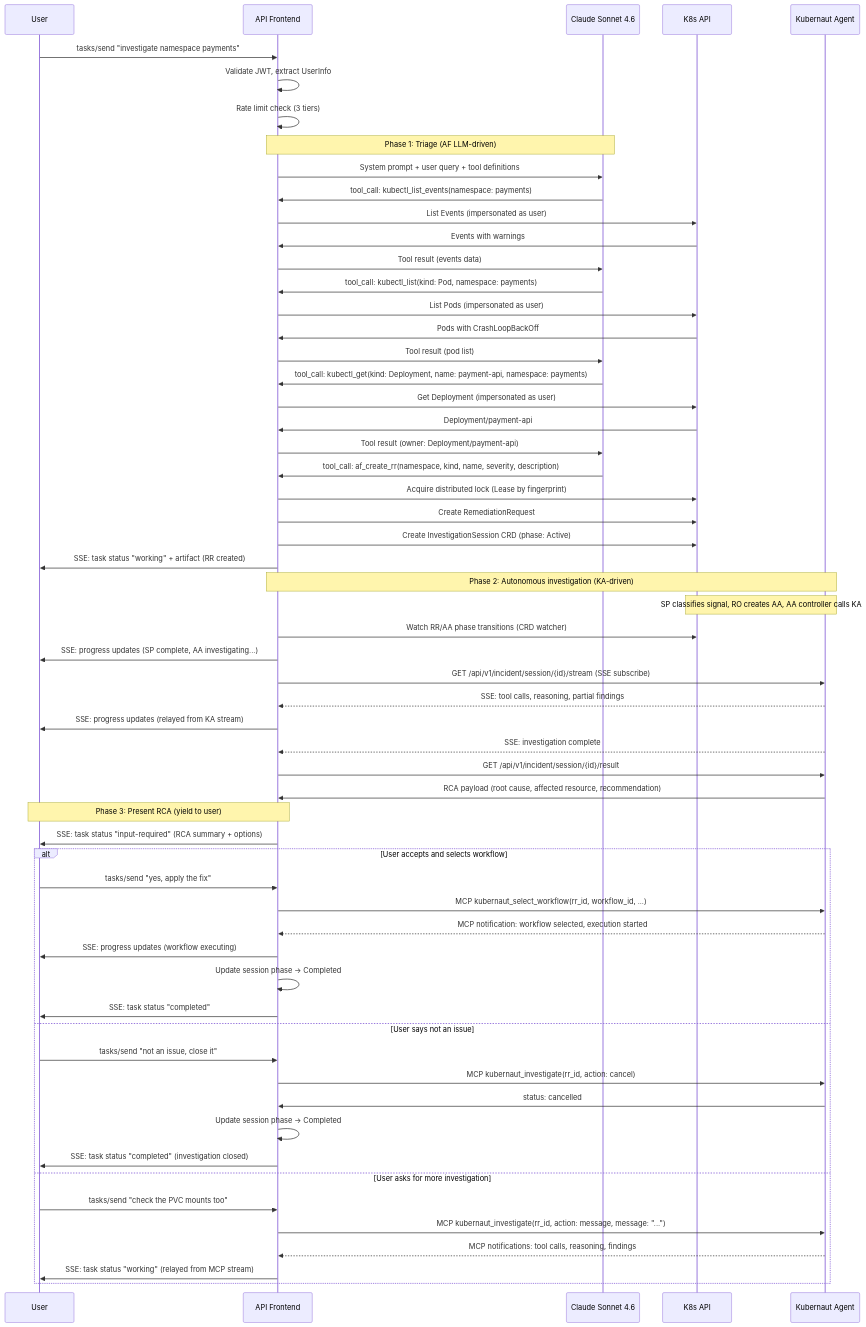
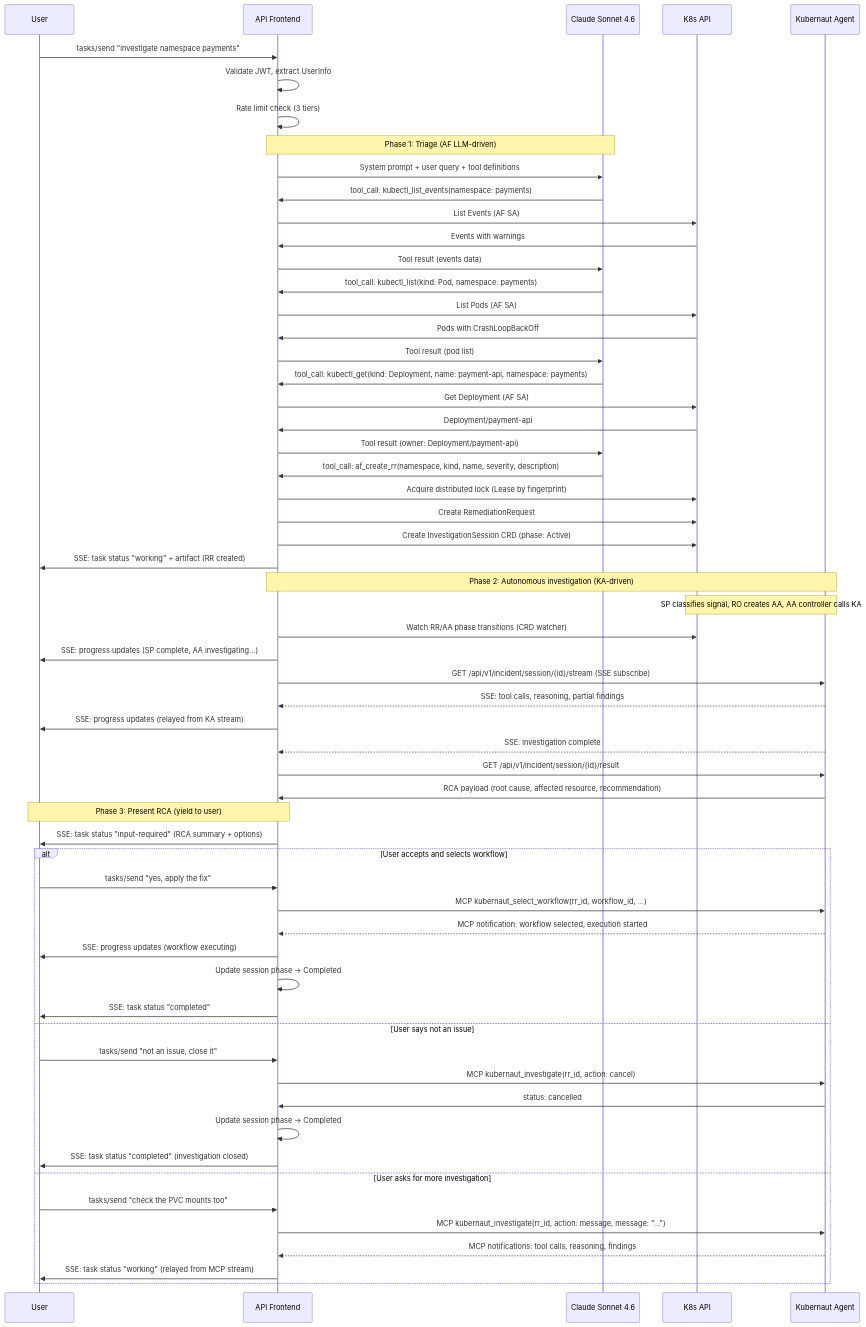
One commit to jordigilh/kubernaut changed the third of 7 diagrams in docs/services/apifrontend/design/ARCHITECTURE.md. Above: the diagram before and after it, drawn with Mermaid. The commit also changed other lines of this file and 9 other files, not shown here.

````diff
--- a/docs/services/apifrontend/design/ARCHITECTURE.md
+++ b/docs/services/apifrontend/design/ARCHITECTURE.md
@@ -294,66 +294,66 @@
 ```mermaid
 sequenceDiagram
     participant User
     participant AF as API Frontend
     participant LLM as Claude Sonnet 4.6
     participant K8s as K8s API
     participant KA as Kubernaut Agent
 
     User->>AF: tasks/send "investigate namespace payments"
     AF->>AF: Validate JWT, extract UserInfo
     AF->>AF: Rate limit check (3 tiers)
 
     Note over AF,LLM: Phase 1: Triage (AF LLM-driven)
     AF->>LLM: System prompt + user query + tool definitions
     LLM->>AF: tool_call: kubectl_list_events(namespace: payments)
-    AF->>K8s: List Events (impersonated as user)
+    AF->>K8s: List Events (AF SA)
     K8s->>AF: Events with warnings
     AF->>LLM: Tool result (events data)
     LLM->>AF: tool_call: kubectl_list(kind: Pod, namespace: payments)
-    AF->>K8s: List Pods (impersonated as user)
+    AF->>K8s: List Pods (AF SA)
     K8s->>AF: Pods with CrashLoopBackOff
     AF->>LLM: Tool result (pod list)
     LLM->>AF: tool_call: kubectl_get(kind: Deployment, name: payment-api, namespace: payments)
-    AF->>K8s: Get Deployment (impersonated as user)
+    AF->>K8s: Get Deployment (AF SA)
     K8s->>AF: Deployment/payment-api
     AF->>LLM: Tool result (owner: Deployment/payment-api)
     LLM->>AF: tool_call: af_create_rr(namespace, kind, name, severity, description)
     AF->>K8s: Acquire distributed lock (Lease by fingerprint)
     AF->>K8s: Create RemediationRequest
     AF->>K8s: Create InvestigationSession CRD (phase: Active)
     AF->>User: SSE: task status "working" + artifact (RR created)
 
     Note over AF,KA: Phase 2: Autonomous investigation (KA-driven)
     Note over K8s,KA: SP classifies signal, RO creates AA, AA controller calls KA
     AF->>K8s: Watch RR/AA phase transitions (CRD watcher)
     AF->>User: SSE: progress updates (SP complete, AA investigating...)
     AF->>KA: GET /api/v1/incident/session/{id}/stream (SSE subscribe)
     KA-->>AF: SSE: tool calls, reasoning, partial findings
     AF->>User: SSE: progress updates (relayed from KA stream)
     KA-->>AF: SSE: investigation complete
     AF->>KA: GET /api/v1/incident/session/{id}/result
     KA->>AF: RCA payload (root cause, affected resource, recommendation)
 
     Note over AF,User: Phase 3: Present RCA (yield to user)
     AF->>User: SSE: task status "input-required" (RCA summary + options)
 
     alt User accepts and selects workflow
         User->>AF: tasks/send "yes, apply the fix"
         AF->>KA: MCP kubernaut_select_workflow(rr_id, workflow_id, ...)
         KA-->>AF: MCP notification: workflow selected, execution started
         AF->>User: SSE: progress updates (workflow executing)
         AF->>AF: Update session phase → Completed
         AF->>User: SSE: task status "completed"
     else User says not an issue
         User->>AF: tasks/send "not an issue, close it"
         AF->>KA: MCP kubernaut_investigate(rr_id, action: cancel)
         KA->>AF: status: cancelled
         AF->>AF: Update session phase → Completed
         AF->>User: SSE: task status "completed" (investigation closed)
     else User asks for more investigation
         User->>AF: tasks/send "check the PVC mounts too"
         AF->>KA: MCP kubernaut_investigate(rr_id, action: message, message: "...")
         KA-->>AF: MCP notifications: tool calls, reasoning, findings
         AF->>User: SSE: task status "working" (relayed from MCP stream)
     end
 ```
````
